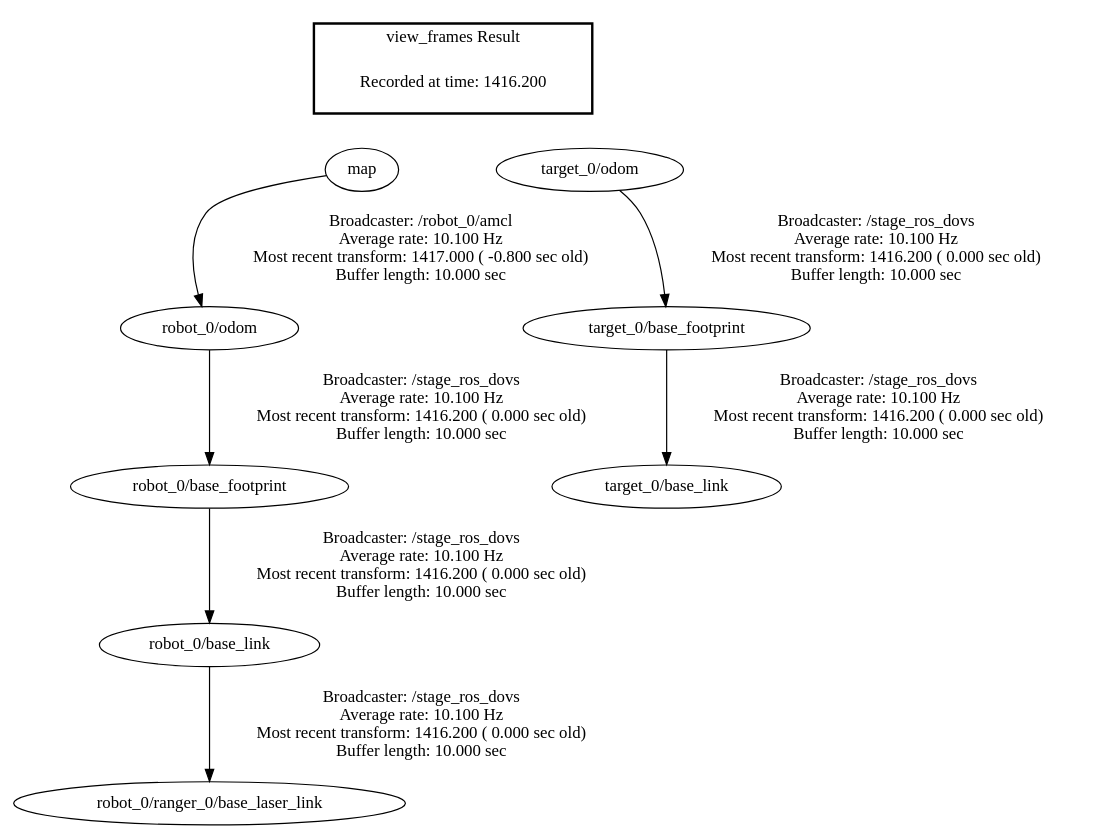
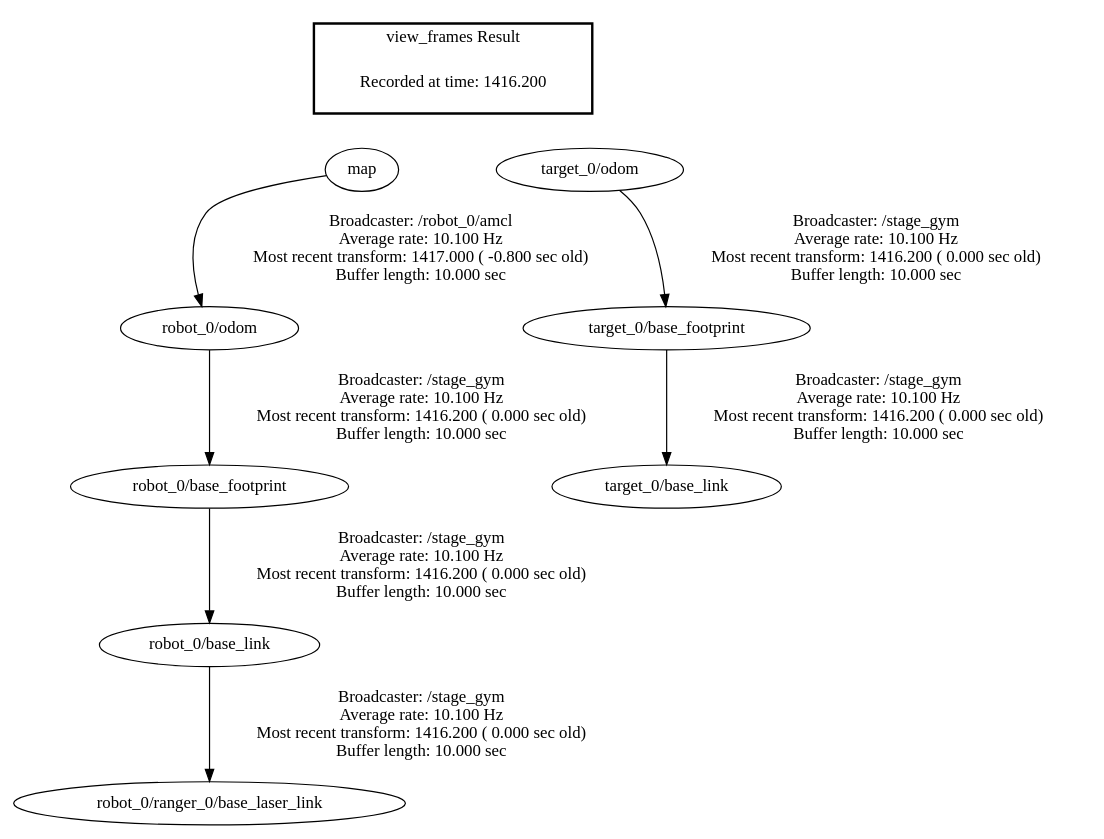
Before and after one commit to dmartinezbaselga/stage_gym: the diagram in frames.gv, drawn with Graphviz. The commit also changed 14 other files, not shown here.

```diff
--- a/frames.gv
+++ b/frames.gv
@@ -1,16 +1,16 @@
 digraph G {
-"robot_0/base_footprint" -> "robot_0/base_link"[label="Broadcaster: /stage_ros_dovs\nAverage rate: 10.100 Hz\nMost recent transform: 1416.200 ( 0.000 sec old)\nBuffer length: 10.000 sec\n"];
-"robot_0/odom" -> "robot_0/base_footprint"[label="Broadcaster: /stage_ros_dovs\nAverage rate: 10.100 Hz\nMost recent transform: 1416.200 ( 0.000 sec old)\nBuffer length: 10.000 sec\n"];
+"robot_0/base_footprint" -> "robot_0/base_link"[label="Broadcaster: /stage_gym\nAverage rate: 10.100 Hz\nMost recent transform: 1416.200 ( 0.000 sec old)\nBuffer length: 10.000 sec\n"];
+"robot_0/odom" -> "robot_0/base_footprint"[label="Broadcaster: /stage_gym\nAverage rate: 10.100 Hz\nMost recent transform: 1416.200 ( 0.000 sec old)\nBuffer length: 10.000 sec\n"];
 "map" -> "robot_0/odom"[label="Broadcaster: /robot_0/amcl\nAverage rate: 10.100 Hz\nMost recent transform: 1417.000 ( -0.800 sec old)\nBuffer length: 10.000 sec\n"];
-"target_0/base_footprint" -> "target_0/base_link"[label="Broadcaster: /stage_ros_dovs\nAverage rate: 10.100 Hz\nMost recent transform: 1416.200 ( 0.000 sec old)\nBuffer length: 10.000 sec\n"];
-"target_0/odom" -> "target_0/base_footprint"[label="Broadcaster: /stage_ros_dovs\nAverage rate: 10.100 Hz\nMost recent transform: 1416.200 ( 0.000 sec old)\nBuffer length: 10.000 sec\n"];
-"robot_0/base_link" -> "robot_0/ranger_0/base_laser_link"[label="Broadcaster: /stage_ros_dovs\nAverage rate: 10.100 Hz\nMost recent transform: 1416.200 ( 0.000 sec old)\nBuffer length: 10.000 sec\n"];
+"target_0/base_footprint" -> "target_0/base_link"[label="Broadcaster: /stage_gym\nAverage rate: 10.100 Hz\nMost recent transform: 1416.200 ( 0.000 sec old)\nBuffer length: 10.000 sec\n"];
+"target_0/odom" -> "target_0/base_footprint"[label="Broadcaster: /stage_gym\nAverage rate: 10.100 Hz\nMost recent transform: 1416.200 ( 0.000 sec old)\nBuffer length: 10.000 sec\n"];
+"robot_0/base_link" -> "robot_0/ranger_0/base_laser_link"[label="Broadcaster: /stage_gym\nAverage rate: 10.100 Hz\nMost recent transform: 1416.200 ( 0.000 sec old)\nBuffer length: 10.000 sec\n"];
 edge [style=invis];
  subgraph cluster_legend { style=bold; color=black; label ="view_frames Result";
 "Recorded at time: 1416.200"[ shape=plaintext ] ;
  }->"target_0/odom";
 edge [style=invis];
  subgraph cluster_legend { style=bold; color=black; label ="view_frames Result";
 "Recorded at time: 1416.200"[ shape=plaintext ] ;
  }->"map";
 }
```
